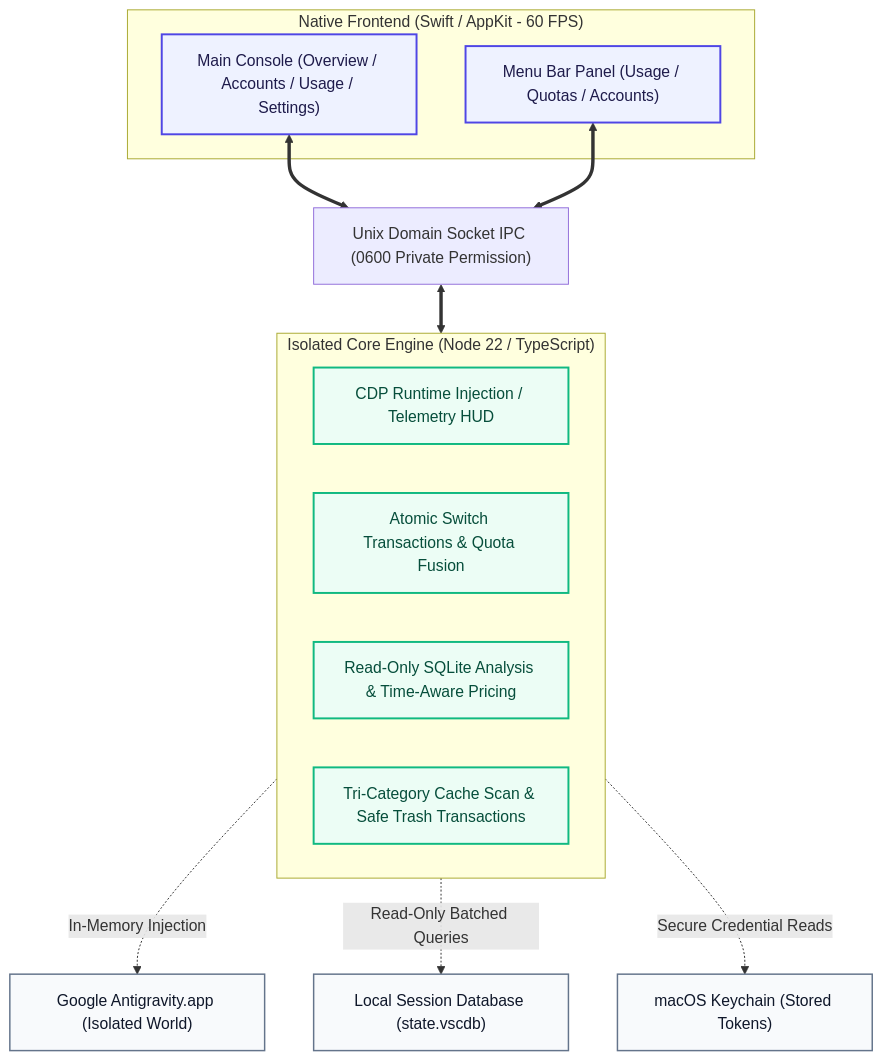
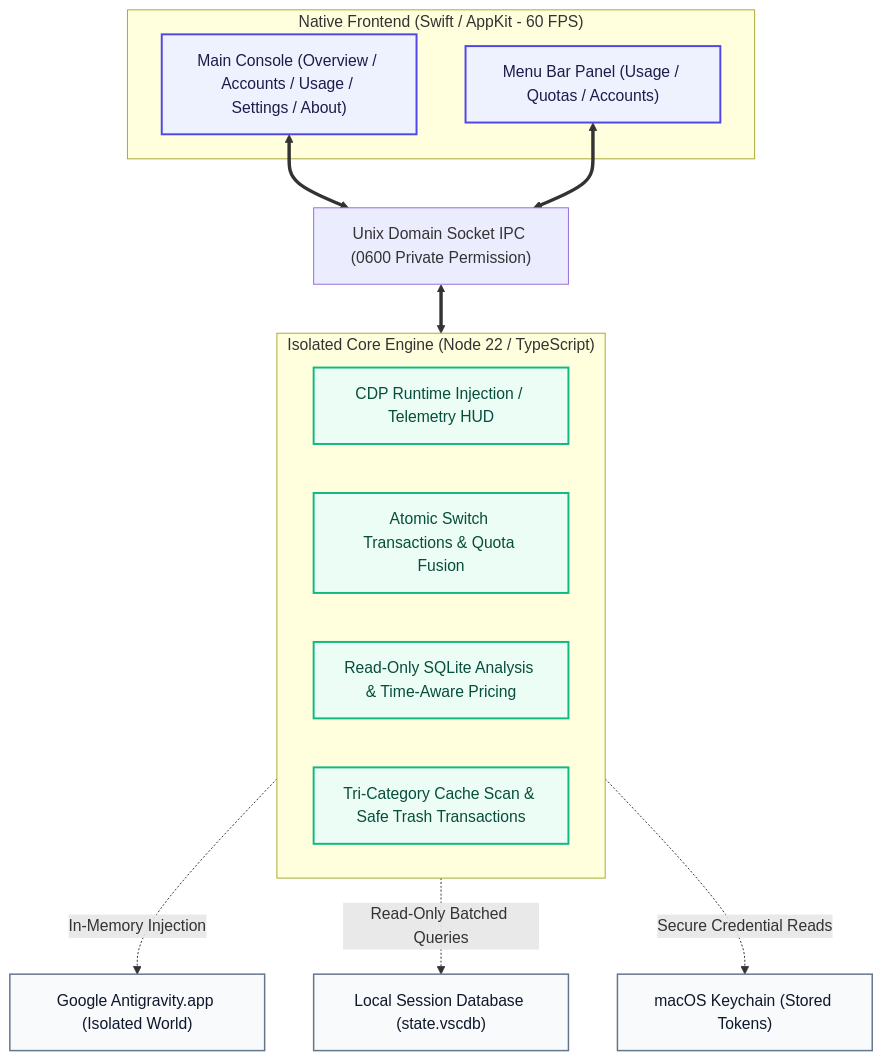
The diagram in README_EN.md (Enzoo404/gravitybox), drawn with Mermaid before and after one commit. The commit also changed other lines of this file and 66 other files, not shown here.

````diff
--- a/README_EN.md
+++ b/README_EN.md
@@ -234,27 +234,27 @@
 ```mermaid
 graph TD
     classDef native fill:#EEF2FF,stroke:#4F46E5,stroke-width:2px,color:#1E1B4B;
     classDef core fill:#ECFDF5,stroke:#10B981,stroke-width:2px,color:#064E3B;
     classDef ext fill:#F8FAFC,stroke:#64748B,stroke-width:1.5px,color:#0F172A;
 
     subgraph NativeUI["Native Frontend (Swift / AppKit - 60 FPS)"]
-        MW["Main Console (Overview / Accounts / Usage / Settings)"]:::native
+        MW["Main Console (Overview / Accounts / Usage / Settings / About)"]:::native
         MB["Menu Bar Panel (Usage / Quotas / Accounts)"]:::native
     end
 
     UDS["Unix Domain Socket IPC (0600 Private Permission)"]
 
     subgraph CoreBackend["Isolated Core Engine (Node 22 / TypeScript)"]
         Engine["CDP Runtime Injection / Telemetry HUD"]:::core
         Accounts["Atomic Switch Transactions & Quota Fusion"]:::core
         Usage["Read-Only SQLite Analysis & Time-Aware Pricing"]:::core
         Maintenance["Tri-Category Cache Scan & Safe Trash Transactions"]:::core
     end
 
     MW <==> UDS <==> CoreBackend
     MB <==> UDS
 
     CoreBackend -. In-Memory Injection .-> TargetApp["Google Antigravity.app (Isolated World)"]:::ext
     CoreBackend -. Read-Only Batched Queries .-> SQLiteDB["Local Session Database (state.vscdb)"]:::ext
     CoreBackend -. Secure Credential Reads .-> Keychain["macOS Keychain (Stored Tokens)"]:::ext
 ```
````
